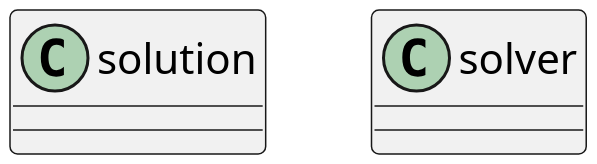
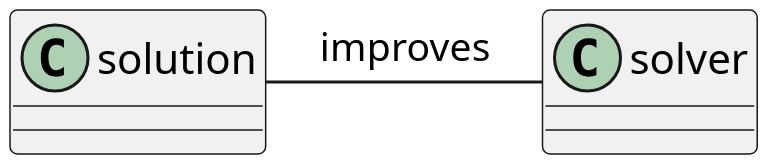
Before and after one commit to Wilbertz/Sudoku-Solver: the diagram in UML/MainClasses.puml, drawn with PlantUML.

Commit message:
Work in progress

```diff
--- a/UML/MainClasses.puml
+++ b/UML/MainClasses.puml
@@ -1,5 +1,6 @@
 @startuml
 scale 3
 class solution
 class solver
+solution - solver : improves
 @enduml
```
